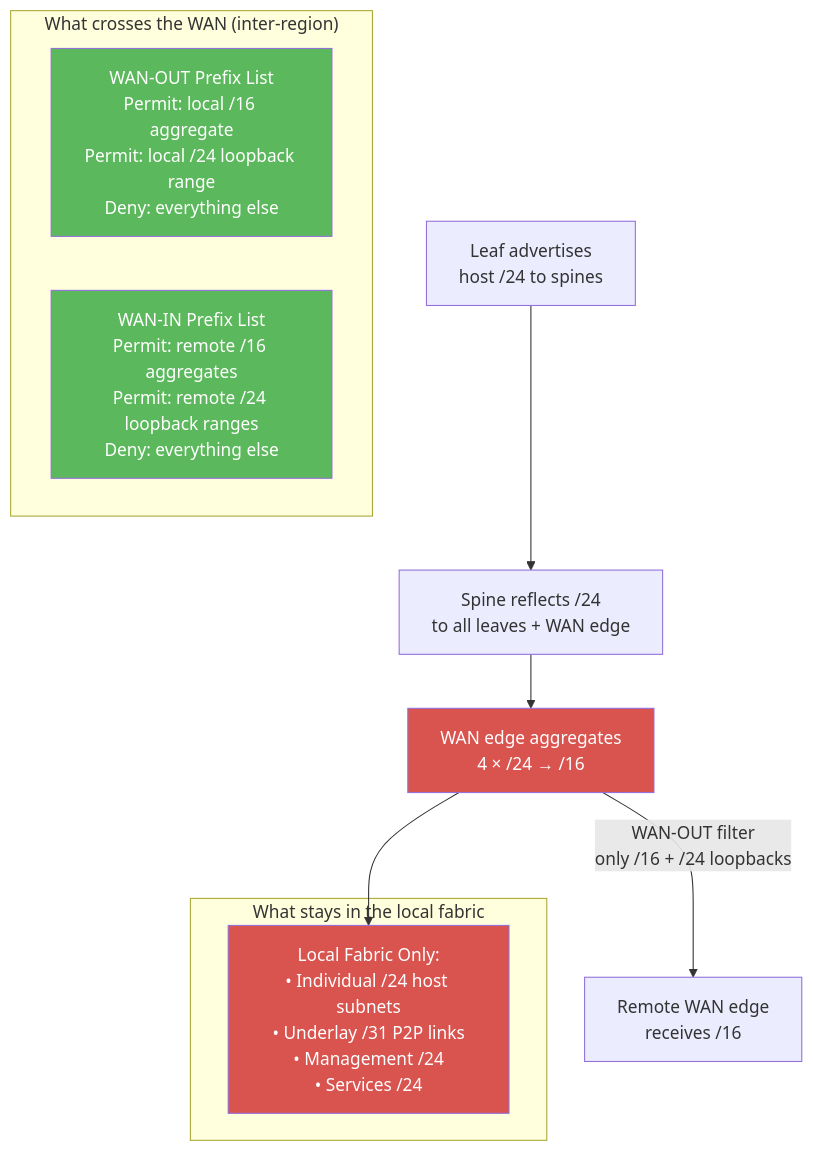
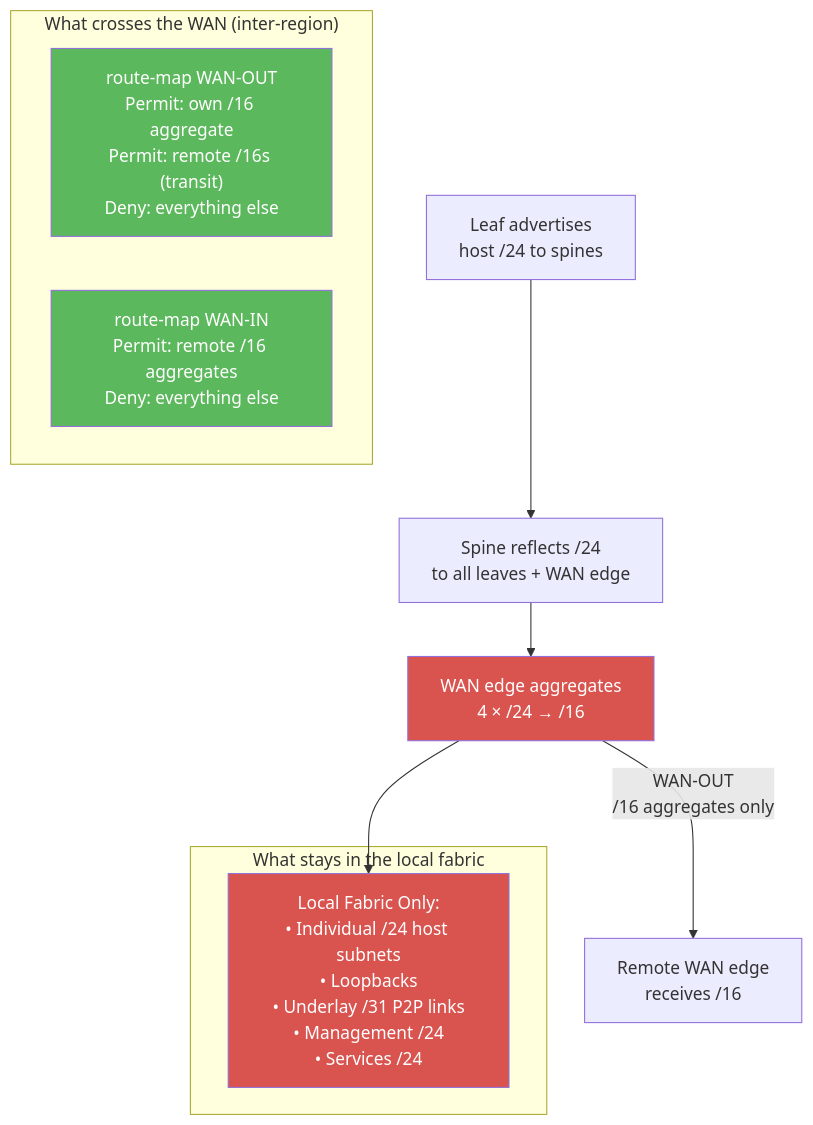
The third of 4 diagrams in docs/diagrams/bgp-peering.md (macrohard1970/ResilientCloud), drawn with Mermaid before and after one commit. The commit also changed other lines of this file and 12 other files, not shown here.

First line of the commit message:
docs: align all docs and diagrams with the fixed lab; add CHANGELOG

````diff
--- a/docs/diagrams/bgp-peering.md
+++ b/docs/diagrams/bgp-peering.md
@@ -112,26 +112,26 @@
 ```mermaid
 flowchart TB
     subgraph "What crosses the WAN (inter-region)"
-        OUT["WAN-OUT Prefix List<br/>Permit: local /16 aggregate<br/>Permit: local /24 loopback range<br/>Deny: everything else"]
-        IN["WAN-IN Prefix List<br/>Permit: remote /16 aggregates<br/>Permit: remote /24 loopback ranges<br/>Deny: everything else"]
+        OUT["route-map WAN-OUT<br/>Permit: own /16 aggregate<br/>Permit: remote /16s (transit)<br/>Deny: everything else"]
+        IN["route-map WAN-IN<br/>Permit: remote /16 aggregates<br/>Deny: everything else"]
     end
 
     subgraph "What stays in the local fabric"
-        LOCAL["Local Fabric Only:<br/>• Individual /24 host subnets<br/>• Underlay /31 P2P links<br/>• Management /24<br/>• Services /24"]
+        LOCAL["Local Fabric Only:<br/>• Individual /24 host subnets<br/>• Loopbacks<br/>• Underlay /31 P2P links<br/>• Management /24<br/>• Services /24"]
     end
 
     LEAF["Leaf advertises<br/>host /24 to spines"]
     SPINE["Spine reflects /24<br/>to all leaves + WAN edge"]
     WAN["WAN edge aggregates<br/>4 × /24 → /16"]
     REMOTE["Remote WAN edge<br/>receives /16"]
 
     LEAF --> SPINE
     SPINE --> WAN
-    WAN -->|"WAN-OUT filter<br/>only /16 + /24 loopbacks"| REMOTE
+    WAN -->|"WAN-OUT<br/>/16 aggregates only"| REMOTE
     WAN --> LOCAL
 
     style OUT fill:#5cb85c,color:#fff
     style IN fill:#5cb85c,color:#fff
     style LOCAL fill:#d9534f,color:#fff
     style WAN fill:#d9534f,color:#fff
 ```
````
